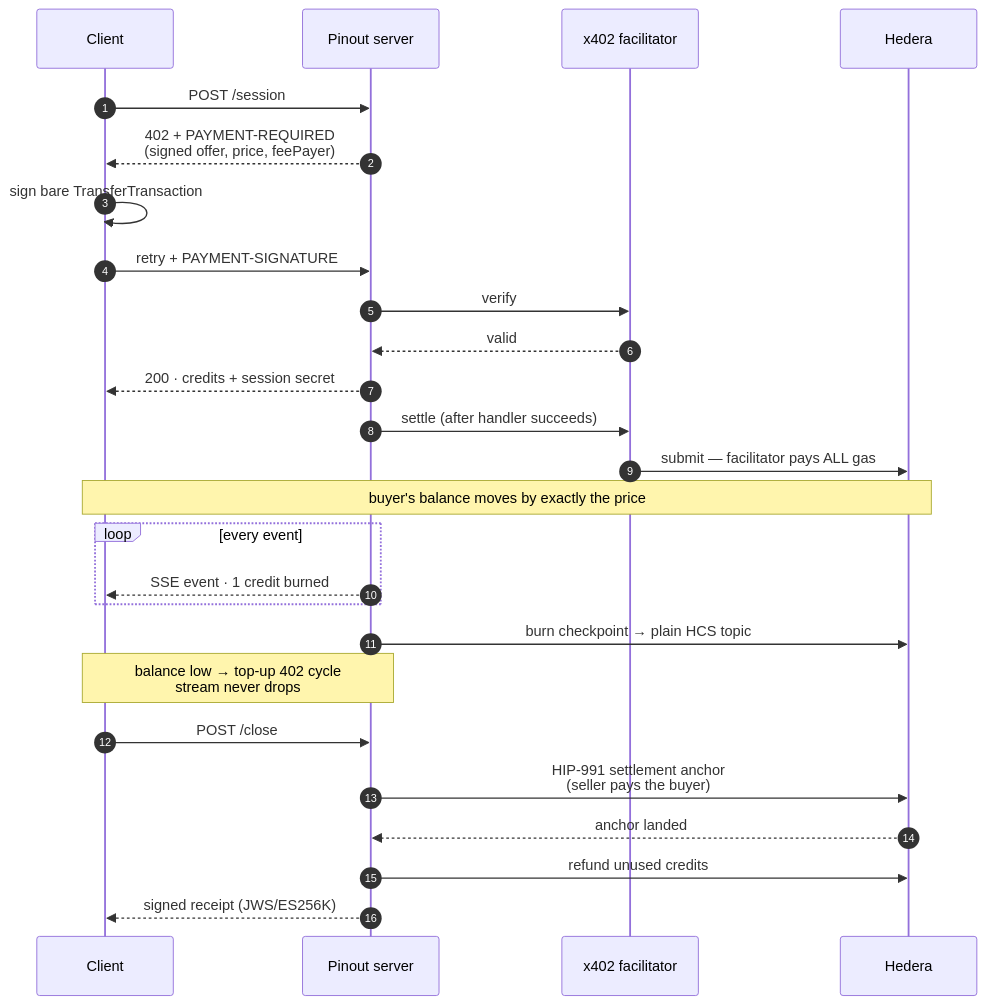
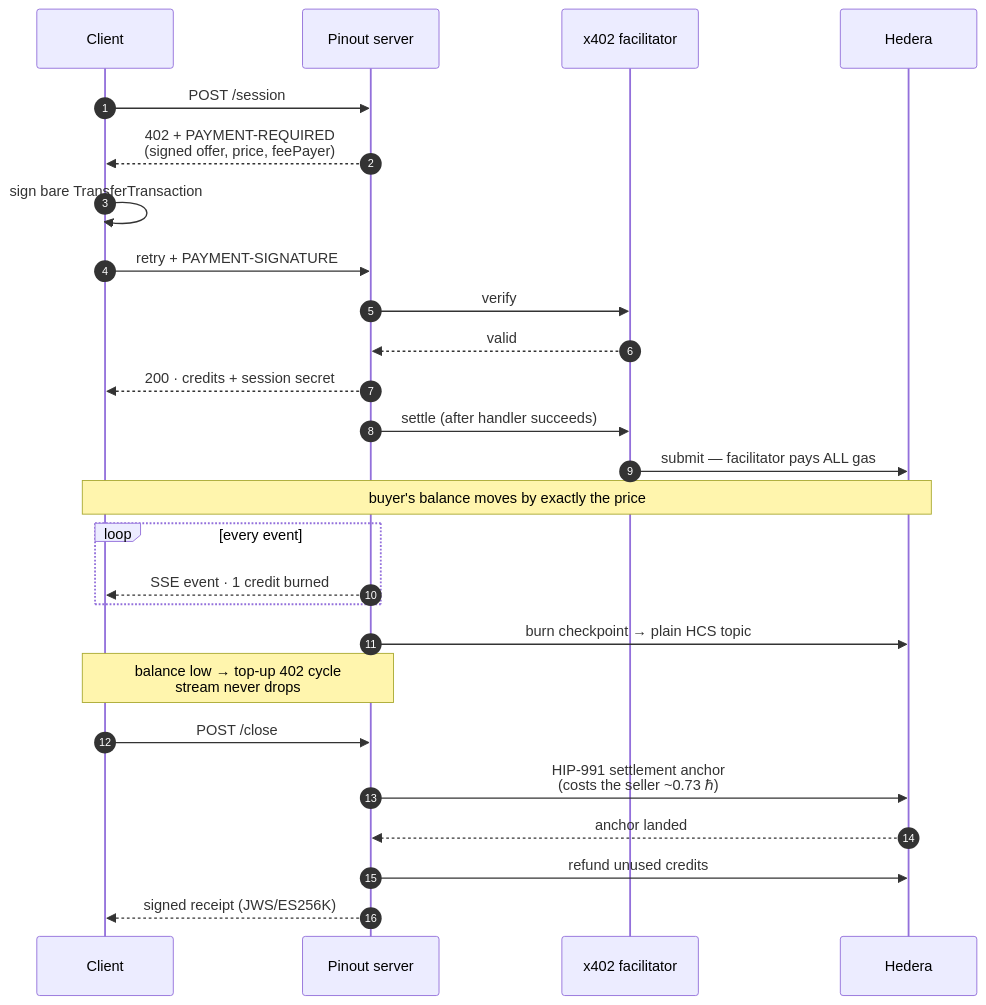
Before and after one commit to hitakshiA/pinout: the first of 4 diagrams in README.md, drawn with Mermaid. The commit also changed other lines of this file and 8 other files, not shown here.

````diff
--- a/README.md
+++ b/README.md
@@ -42,31 +42,31 @@
 ```mermaid
 sequenceDiagram
     autonumber
     participant C as Client
     participant S as Pinout server
     participant F as x402 facilitator
     participant H as Hedera
 
     C->>S: POST /session
     S-->>C: 402 + PAYMENT-REQUIRED<br/>(signed offer, price, feePayer)
     C->>C: sign bare TransferTransaction
     C->>S: retry + PAYMENT-SIGNATURE
     S->>F: verify
     F-->>S: valid
     S-->>C: 200 · credits + session secret
     S->>F: settle (after handler succeeds)
     F->>H: submit — facilitator pays ALL gas
     Note over C,H: buyer's balance moves by exactly the price
 
     loop every event
         S-->>C: SSE event · 1 credit burned
     end
     S->>H: burn checkpoint → plain HCS topic
     Note over C,S: balance low → top-up 402 cycle<br/>stream never drops
 
     C->>S: POST /close
-    S->>H: HIP-991 settlement anchor<br/>(seller pays the buyer)
+    S->>H: HIP-991 settlement anchor<br/>(costs the seller ~0.73 ℏ)
     H-->>S: anchor landed
     S->>H: refund unused credits
     S-->>C: signed receipt (JWS/ES256K)
 ```
````
